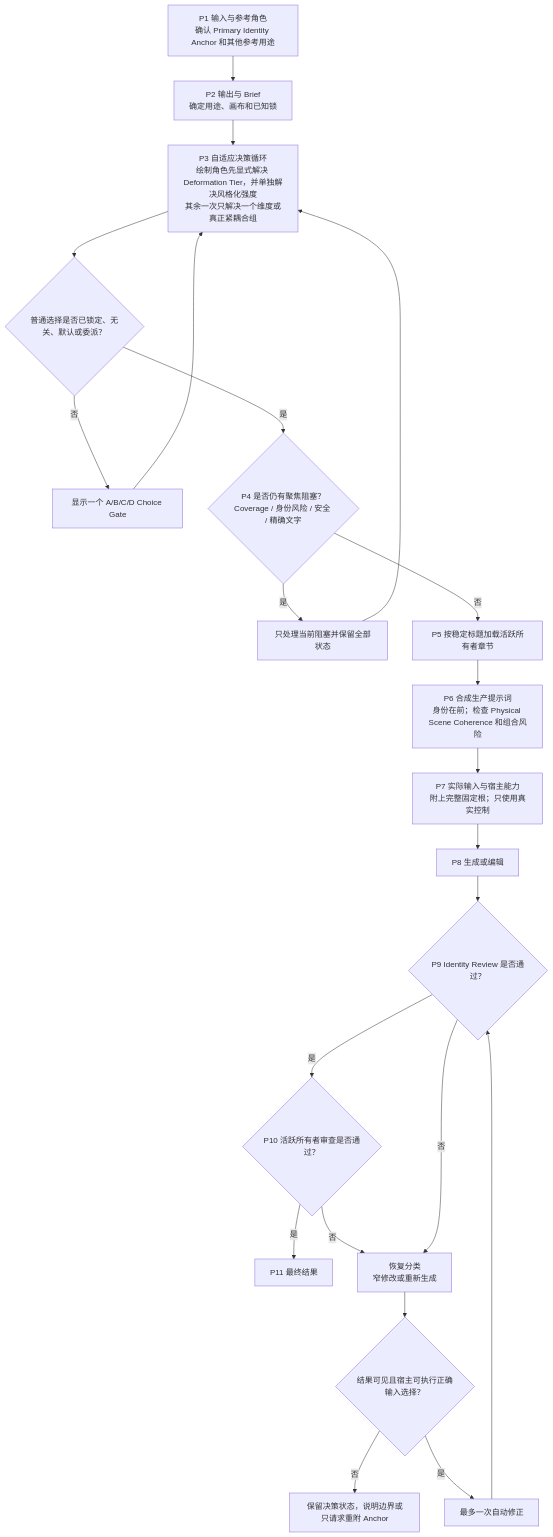
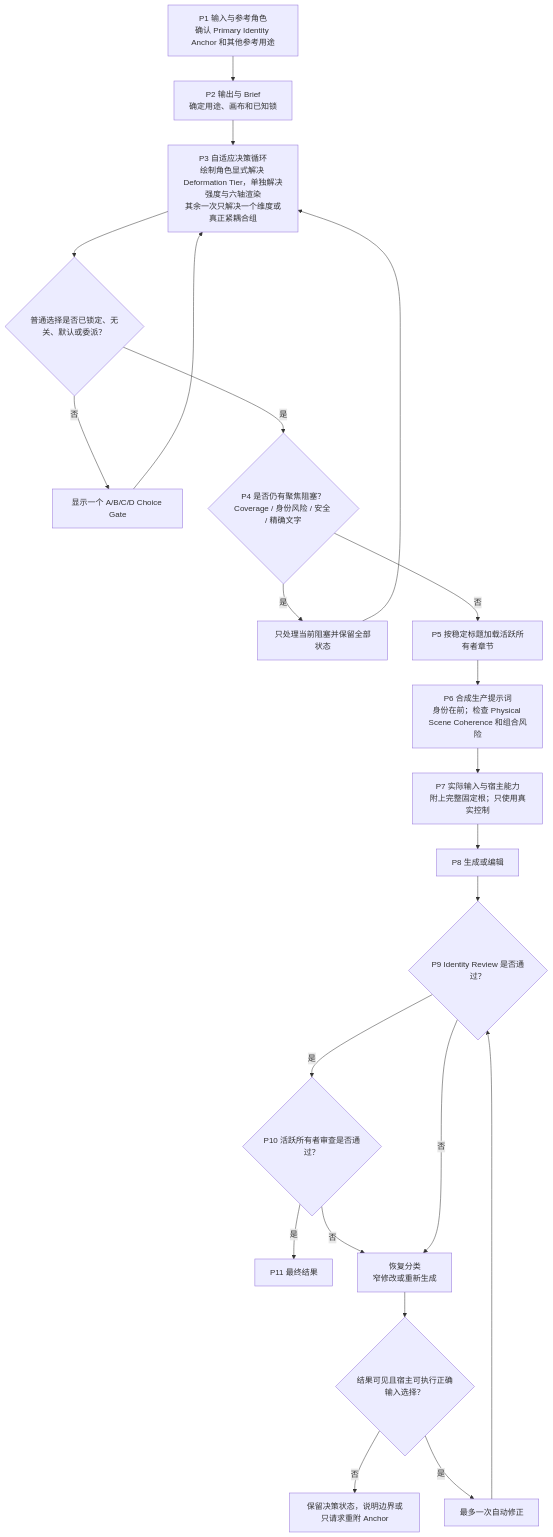
Before and after one commit to cyaoc/cast-me: the fourth of 13 diagrams in docs/architecture.md, drawn with Mermaid. The commit also changed other lines of this file and 5 other files, not shown here.

````diff
--- a/docs/architecture.md
+++ b/docs/architecture.md
@@ -202,24 +213,24 @@
 ```mermaid
 flowchart TD
     P1["P1 输入与参考角色<br/>确认 Primary Identity Anchor 和其他参考用途"] --> P2["P2 输出与 Brief<br/>确定用途、画布和已知锁"]
-    P2 --> P3["P3 自适应决策循环<br/>绘制角色先显式解决 Deformation Tier，并单独解决风格化强度<br/>其余一次只解决一个维度或真正紧耦合组"]
+    P2 --> P3["P3 自适应决策循环<br/>绘制角色显式解决 Deformation Tier，单独解决强度与六轴渲染<br/>其余一次只解决一个维度或真正紧耦合组"]
     P3 --> ORDINARY{"普通选择是否已锁定、无关、默认或委派？"}
     ORDINARY -- 否 --> GATE["显示一个 A/B/C/D Choice Gate"]
     GATE --> P3
     ORDINARY -- 是 --> P4{"P4 是否仍有聚焦阻塞？<br/>Coverage / 身份风险 / 安全 / 精确文字"}
     P4 -- 是 --> FOCUSED["只处理当前阻塞并保留全部状态"]
     FOCUSED --> P3
     P4 -- 否 --> P5["P5 按稳定标题加载活跃所有者章节"]
     P5 --> P6["P6 合成生产提示词<br/>身份在前；检查 Physical Scene Coherence 和组合风险"]
     P6 --> P7["P7 实际输入与宿主能力<br/>附上完整固定根；只使用真实控制"]
     P7 --> P8["P8 生成或编辑"]
     P8 --> P9{"P9 Identity Review 是否通过？"}
     P9 -- 是 --> P10{"P10 活跃所有者审查是否通过？"}
     P10 -- 是 --> P11["P11 最终结果"]
     P10 -- 否 --> RECOVERY["恢复分类<br/>窄修改或重新生成"]
     P9 -- 否 --> RECOVERY
     RECOVERY --> CAPABLE{"结果可见且宿主可执行正确输入选择？"}
     CAPABLE -- 否 --> STOP["保留决策状态，说明边界或只请求重附 Anchor"]
     CAPABLE -- 是 --> ONCE["最多一次自动修正"]
     ONCE --> P9
 ```
````
